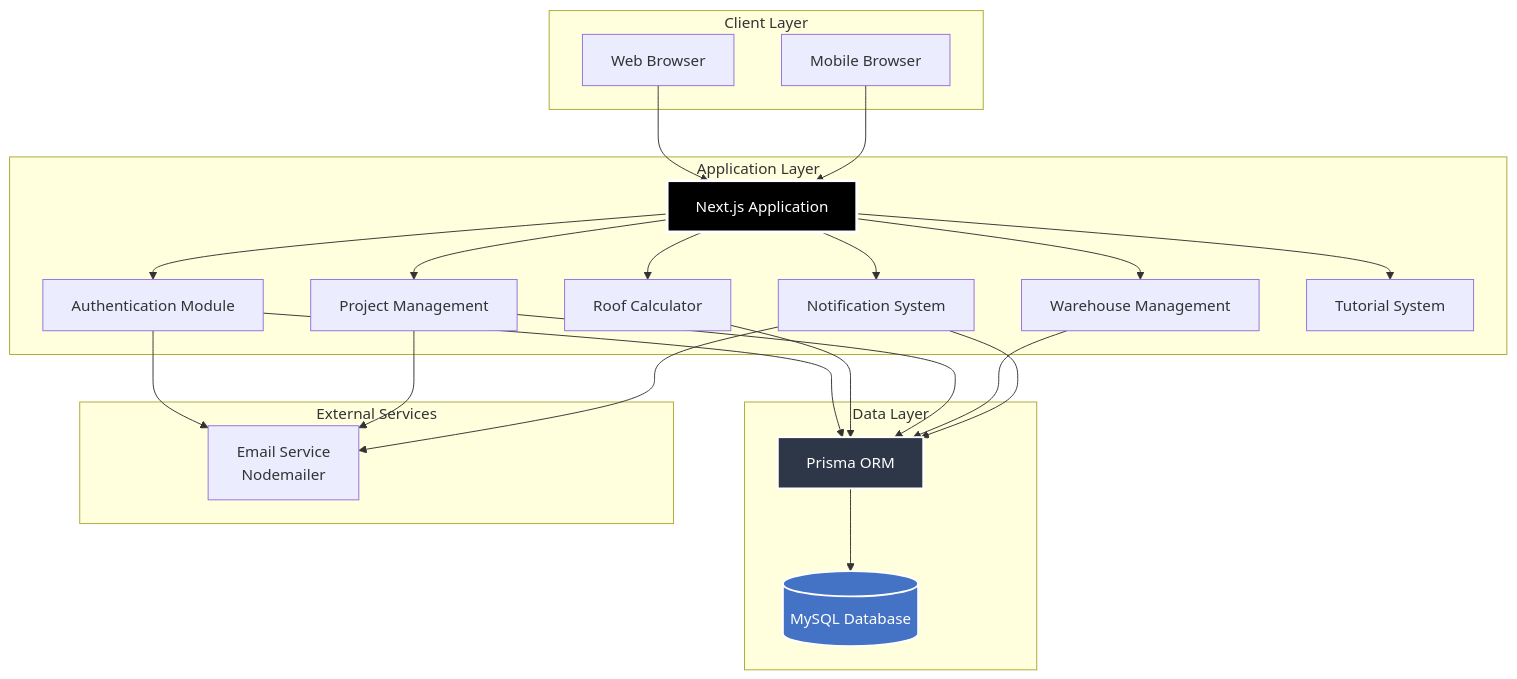
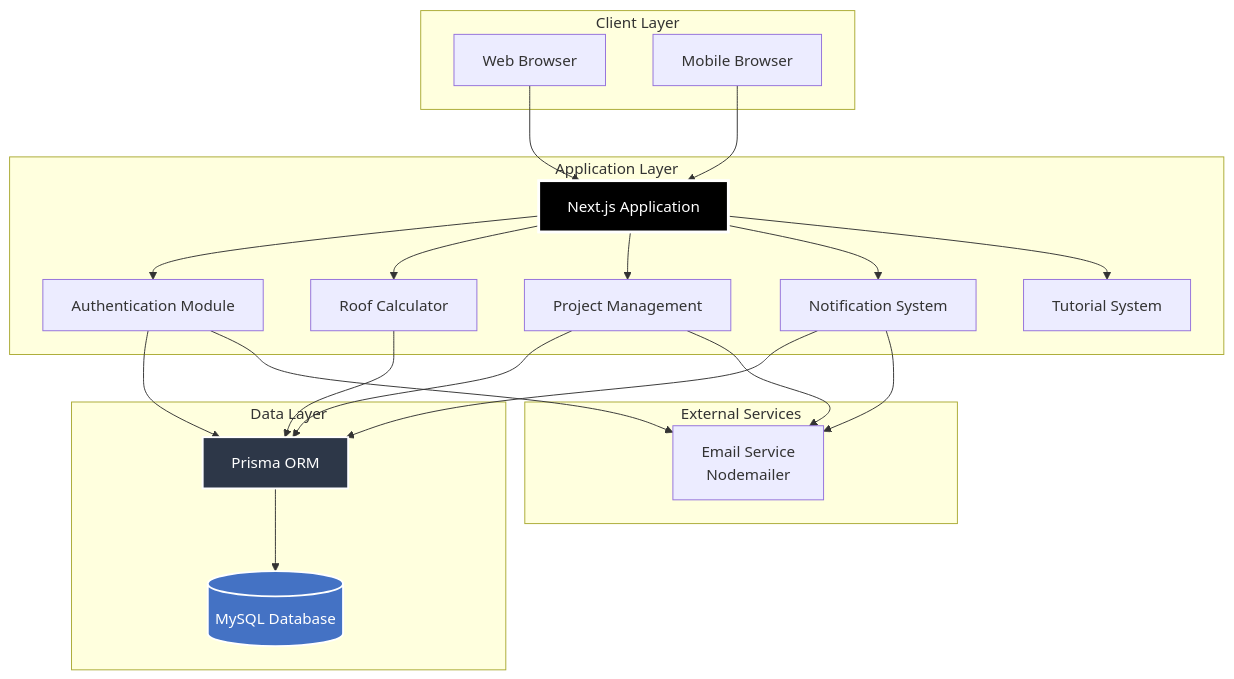
The first of 10 diagrams in README.md (Justin322322/roofcal), drawn with Mermaid before and after one commit. The commit also changed other lines of this file and 18 other files, not shown here.

````diff
--- a/README.md
+++ b/README.md
@@ -51,53 +50,50 @@
 ```mermaid
 flowchart TB
     subgraph "Client Layer"
         WEB[Web Browser]
         MOBILE[Mobile Browser]
     end
 
     subgraph "Application Layer"
         NEXT[Next.js Application]
         AUTH[Authentication Module]
         CALC[Roof Calculator]
         PROJ[Project Management]
-        WARE[Warehouse Management]
         NOTIF[Notification System]
         TUTORIAL[Tutorial System]
     end
 
     subgraph "Data Layer"
         DB[(MySQL Database)]
         PRISMA[Prisma ORM]
     end
 
     subgraph "External Services"
         EMAIL[Email Service<br/>Nodemailer]
     end
 
     WEB --> NEXT
     MOBILE --> NEXT
     
     NEXT --> AUTH
     NEXT --> CALC
     NEXT --> PROJ
-    NEXT --> WARE
     NEXT --> NOTIF
     NEXT --> TUTORIAL
     
     AUTH --> PRISMA
     CALC --> PRISMA
     PROJ --> PRISMA
-    WARE --> PRISMA
     NOTIF --> PRISMA
     
     PRISMA --> DB
     
     AUTH --> EMAIL
     PROJ --> EMAIL
     NOTIF --> EMAIL
     
 
     style NEXT fill:#000,stroke:#fff,stroke-width:3px,color:#fff
     style DB fill:#4472C4,stroke:#fff,stroke-width:2px,color:#fff
     style PRISMA fill:#2D3748,stroke:#fff,stroke-width:2px,color:#fff
 ```
````
